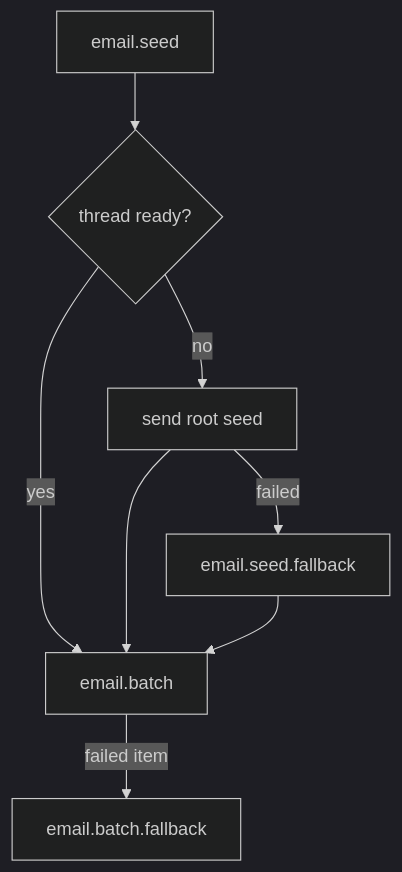
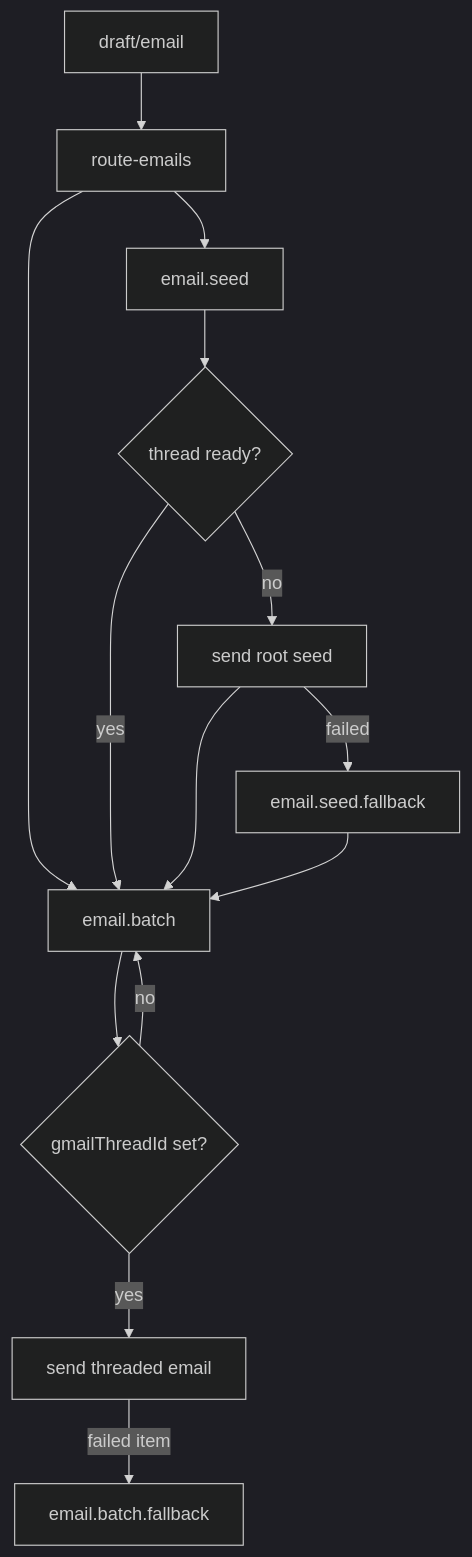
One commit to BastiDood/drap changed the diagram in src/lib/server/inngest/functions/send-emails/AGENTS.md. Above: the diagram before and after it, drawn with Mermaid (dark theme). The commit also changed other lines of this file, not shown here.

Commit message:
docs(email): update `AGENTS.md` on email dispatch protocol

````diff
--- a/src/lib/server/inngest/functions/send-emails/AGENTS.md
+++ b/src/lib/server/inngest/functions/send-emails/AGENTS.md
@@ -5,17 +5,27 @@
 ```mermaid
 flowchart TD
+  public["draft/email"]
+  route["route-emails"]
   seed["email.seed"]
   ready{"thread ready?"}
   root["send root seed"]
   batch["email.batch"]
+  blocked{"gmailThreadId set?"}
+  threaded["send threaded email"]
   seedFallback["email.seed.fallback"]
   batchFallback["email.batch.fallback"]
 
+  public --> route
+  route --> seed
+  route --> batch
   seed --> ready
   ready -- yes --> batch
   ready -- no --> root
   root --> batch
   root -- failed --> seedFallback
   seedFallback --> batch
-  batch -- failed item --> batchFallback
+  batch --> blocked
+  blocked -- no --> batch
+  blocked -- yes --> threaded
+  threaded -- failed item --> batchFallback
 ```
````
